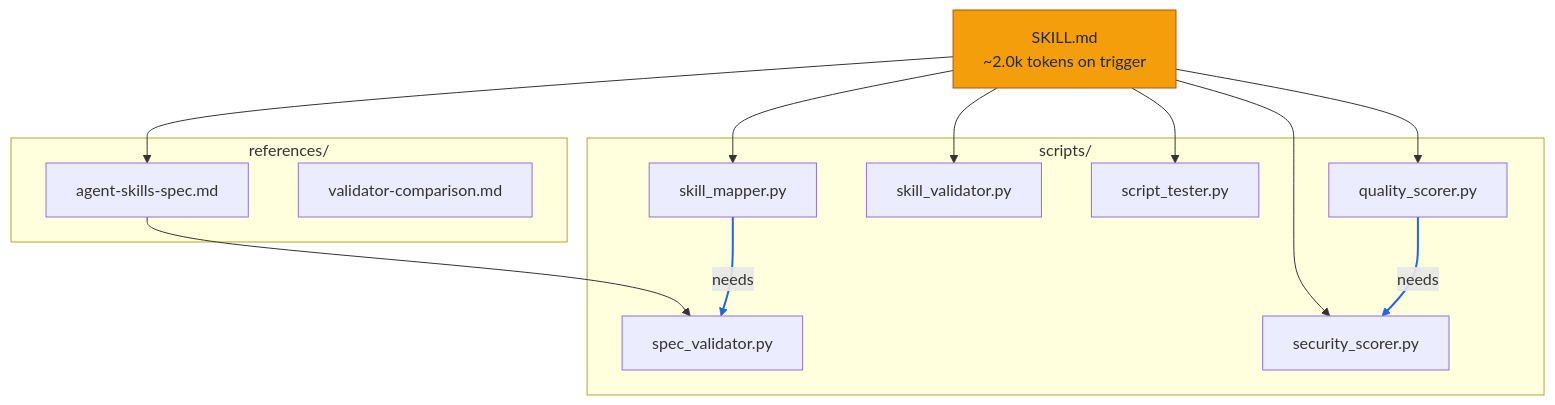
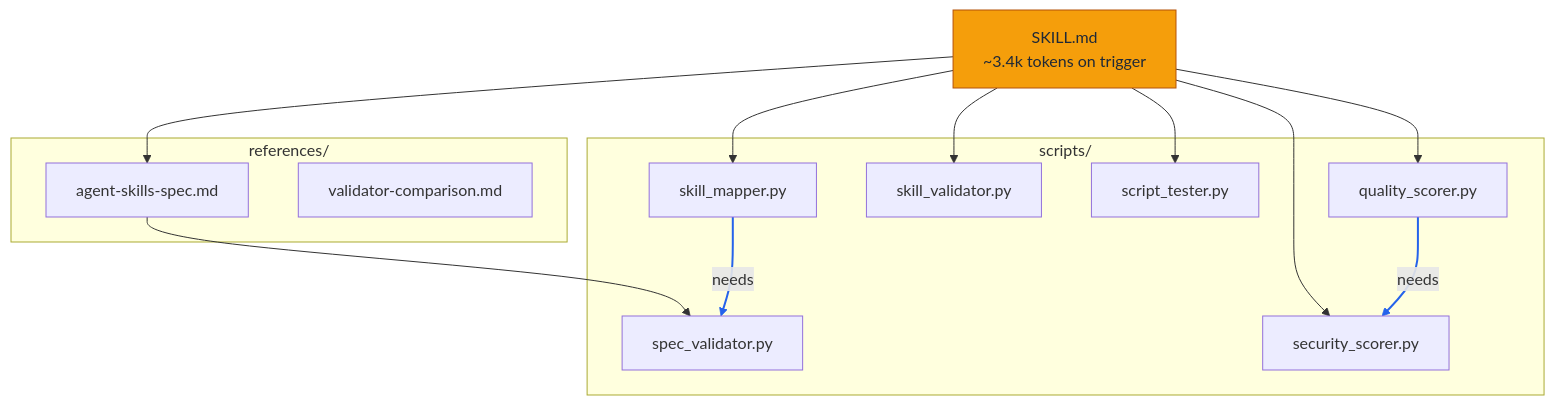
One commit to AlveeeRahman/skill-vision changed the second of 2 diagrams in README.md. Above: the diagram before and after it, drawn with Mermaid. The commit also changed other lines of this file and 18 other files, not shown here.

````diff
--- a/README.md
+++ b/README.md
@@ -81,28 +91,28 @@
 ```mermaid
 flowchart TD
-    SKILL_md["SKILL.md<br/>~2.0k tokens on trigger"]
+    SKILL_md["SKILL.md<br/>~3.4k tokens on trigger"]
     subgraph scripts["scripts/"]
         skill_mapper_py["skill_mapper.py"]
         spec_validator_py["spec_validator.py"]
         skill_validator_py["skill_validator.py"]
         script_tester_py["script_tester.py"]
         quality_scorer_py["quality_scorer.py"]
         security_scorer_py["security_scorer.py"]
     end
     subgraph references["references/"]
         agent_skills_spec_md["agent-skills-spec.md"]
         validator_comparison_md["validator-comparison.md"]
     end
     SKILL_md --> agent_skills_spec_md
     SKILL_md --> skill_validator_py
     SKILL_md --> script_tester_py
     SKILL_md --> quality_scorer_py
     SKILL_md --> security_scorer_py
     SKILL_md --> skill_mapper_py
     agent_skills_spec_md --> spec_validator_py
     quality_scorer_py ==>|needs| security_scorer_py
     skill_mapper_py ==>|needs| spec_validator_py
     classDef entry fill:#f59e0b,stroke:#b45309,color:#1f2937
     class SKILL_md entry
     linkStyle 7,8 stroke:#2563eb,stroke-width:2px
 ```
````
